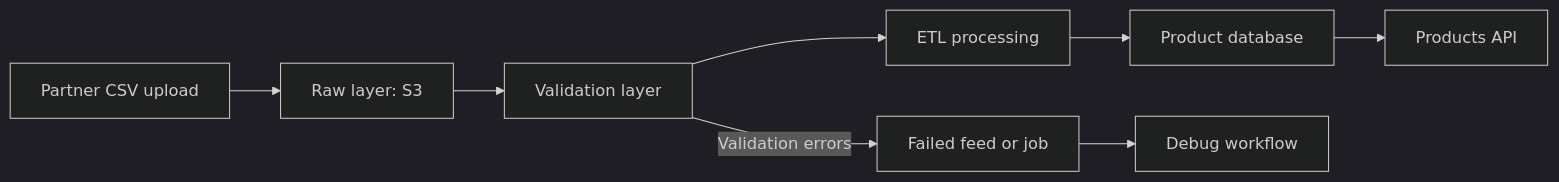
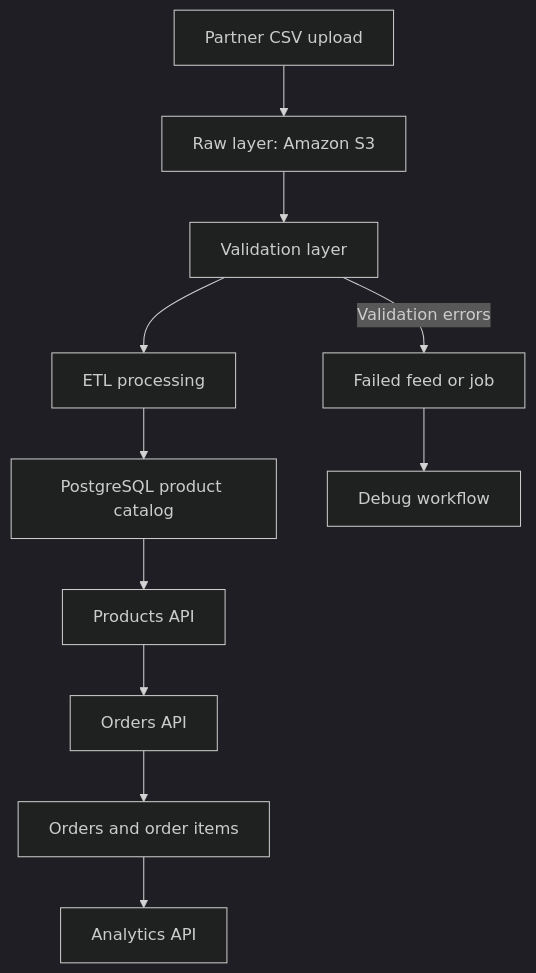
One commit to rayajose/writing-portfolio changed the diagram in docs/api/getting_started.md. Above: the diagram before and after it, drawn with Mermaid (dark theme). The commit also changed other lines of this file and 5 other files, not shown here.

````diff
--- a/docs/api/getting_started.md
+++ b/docs/api/getting_started.md
@@ -98,11 +144,22 @@
 ```mermaid
-flowchart LR
-    A["Partner CSV upload"] --> B["Raw layer: S3"]
+flowchart TD
+    A["Partner CSV upload"] --> B["Raw layer: Amazon S3"]
+
     B --> C["Validation layer"]
+
     C --> D["ETL processing"]
-    D --> E["Product database"]
+
+    D --> E["PostgreSQL product catalog"]
+
     E --> F["Products API"]
 
-    C -->|Validation errors| G["Failed feed or job"]
-    G --> H["Debug workflow"]
+    F --> G["Orders API"]
+
+    G --> H["Orders and order items"]
+
+    H --> I["Analytics API"]
+
+    C -->|Validation errors| J["Failed feed or job"]
+
+    J --> K["Debug workflow"]
 ```
````
